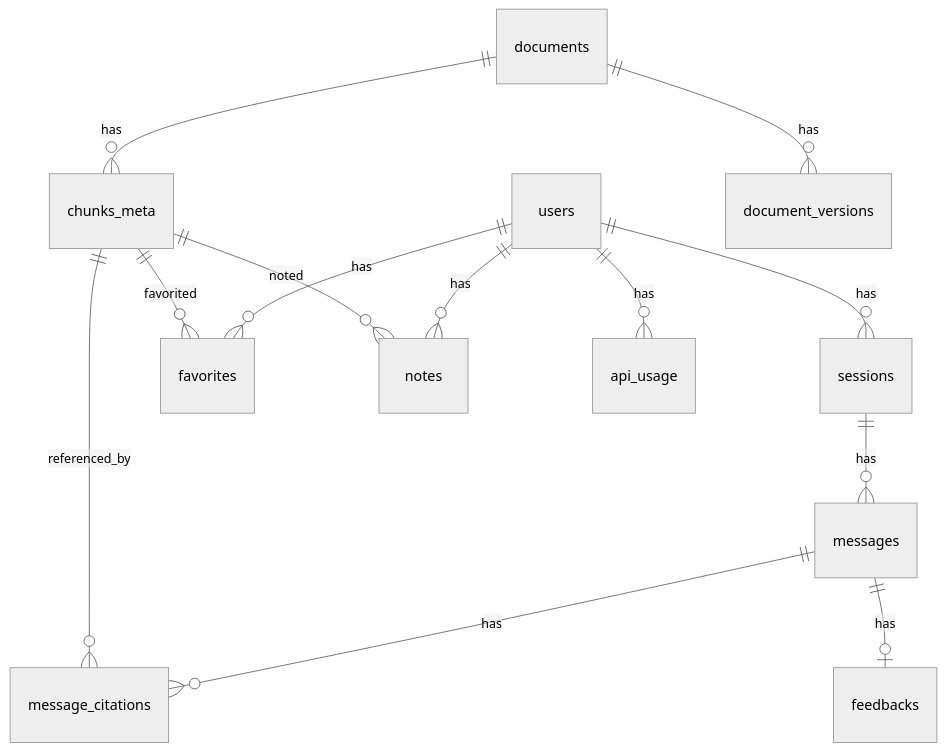
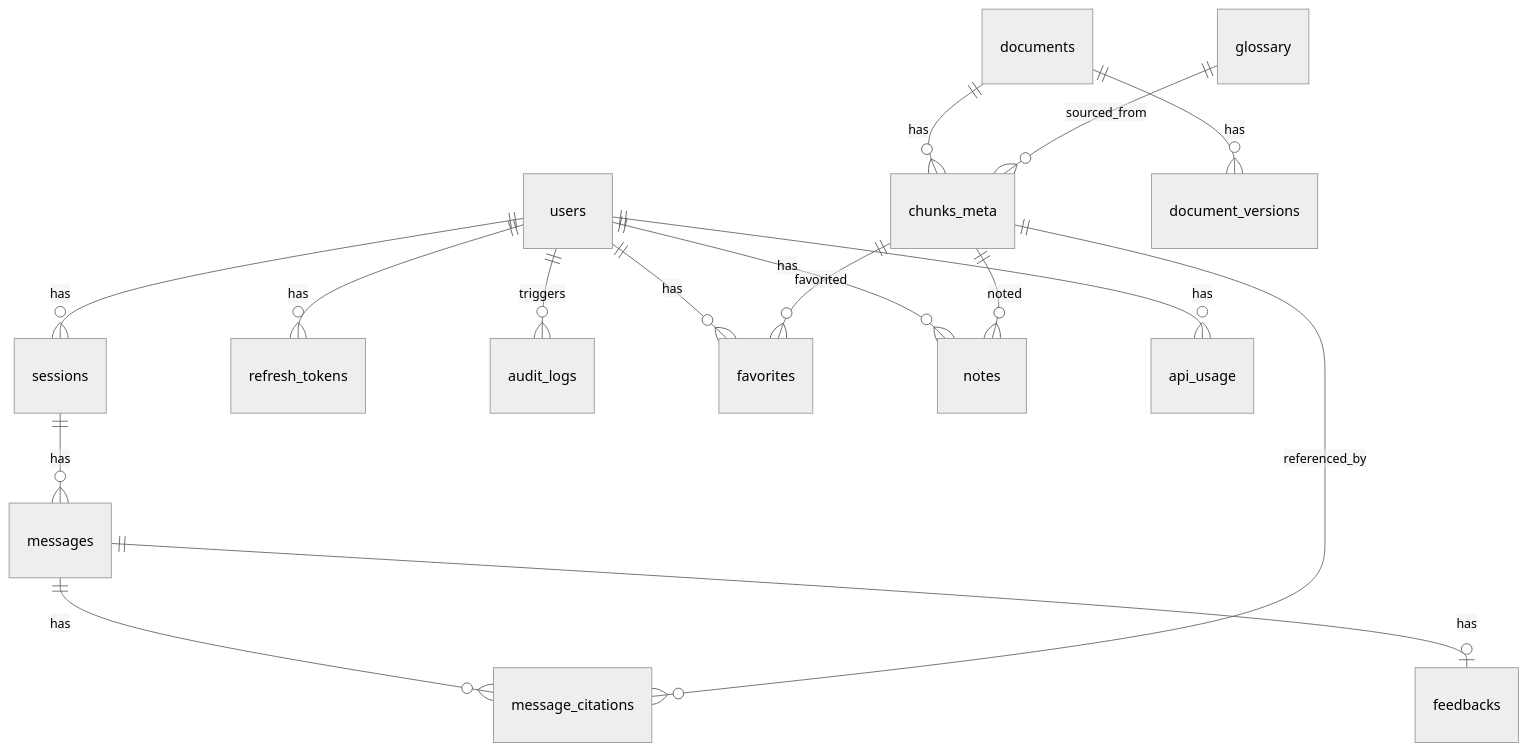
The diagram in docs/03-development/04-backend-api.md (EpisodeYu/3GPP-Everything), drawn with Mermaid (neutral theme) before and after one commit. The commit also changed other lines of this file and 10 other files, not shown here.

````diff
--- a/docs/03-development/04-backend-api.md
+++ b/docs/03-development/04-backend-api.md
@@ -49,15 +56,18 @@
 ```mermaid
 erDiagram
     users ||--o{ sessions : has
+    users ||--o{ refresh_tokens : has
+    users ||--o{ audit_logs : triggers
     users ||--o{ favorites : has
     users ||--o{ notes : has
     sessions ||--o{ messages : has
     messages ||--o{ message_citations : has
     messages ||--o| feedbacks : has
     documents ||--o{ chunks_meta : has
     documents ||--o{ document_versions : has
     chunks_meta ||--o{ message_citations : referenced_by
     chunks_meta ||--o{ favorites : favorited
     chunks_meta ||--o{ notes : noted
+    glossary ||--o{ chunks_meta : sourced_from
     users ||--o{ api_usage : has
 ```
````
